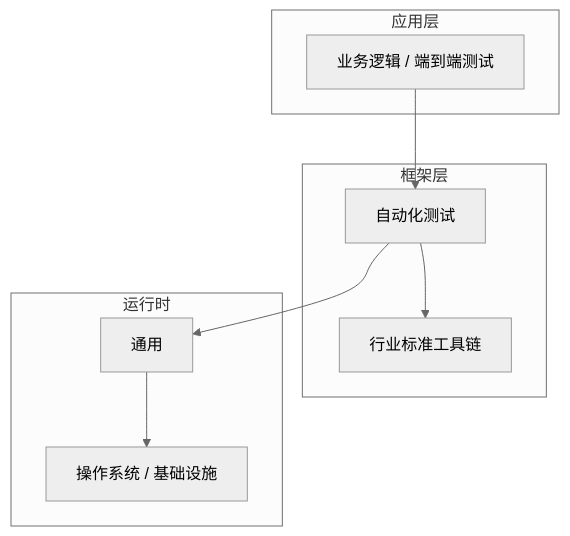
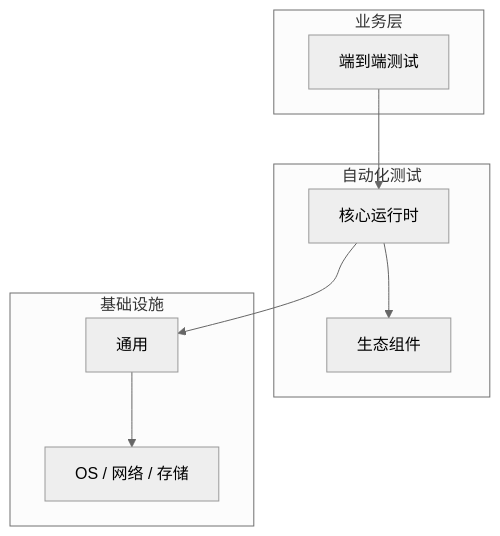
The diagram in articles/自动化测试/chapters/022-端到端测试核心概念与原理.md (yanggan2015/knowledge-json-v2), drawn with Mermaid (neutral theme) before and after one commit. The commit also changed other lines of this file and 10127 other files, not shown here.

````diff
--- a/articles/自动化测试/chapters/022-端到端测试核心概念与原理.md
+++ b/articles/自动化测试/chapters/022-端到端测试核心概念与原理.md
@@ -45,18 +34,18 @@
 ```mermaid
 graph TB
-    subgraph 应用层
-        A[业务逻辑 / 端到端测试]
+    subgraph 业务层
+        A[端到端测试]
     end
-    subgraph 框架层
-        B[自动化测试]
-        C[行业标准工具链]
+    subgraph 自动化测试
+        B[核心运行时]
+        C[生态组件]
     end
-    subgraph 运行时
+    subgraph 基础设施
         D[通用]
-        E[操作系统 / 基础设施]
+        E[OS / 网络 / 存储]
     end
     A --> B
     B --> C
     B --> D
     D --> E
 ```
````
